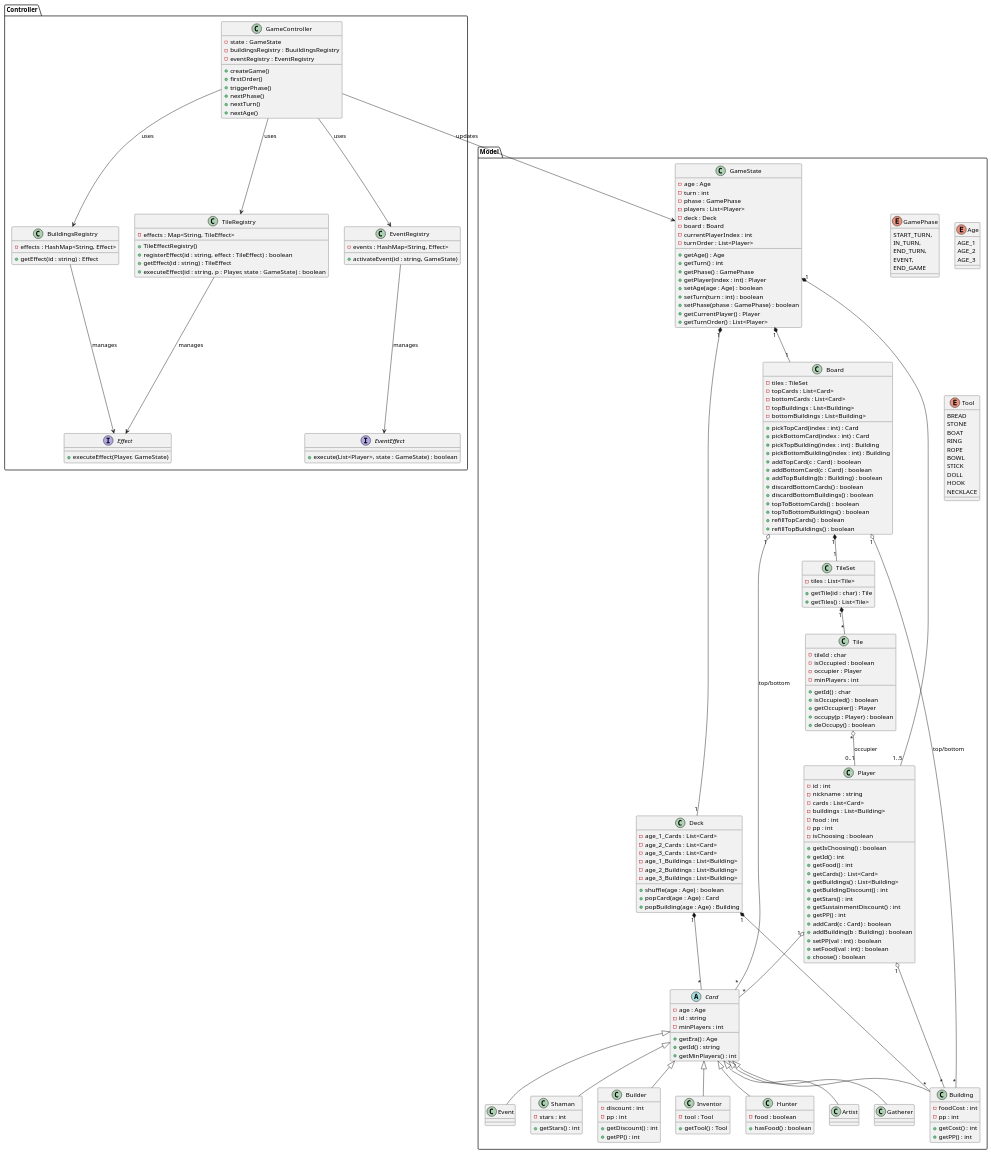
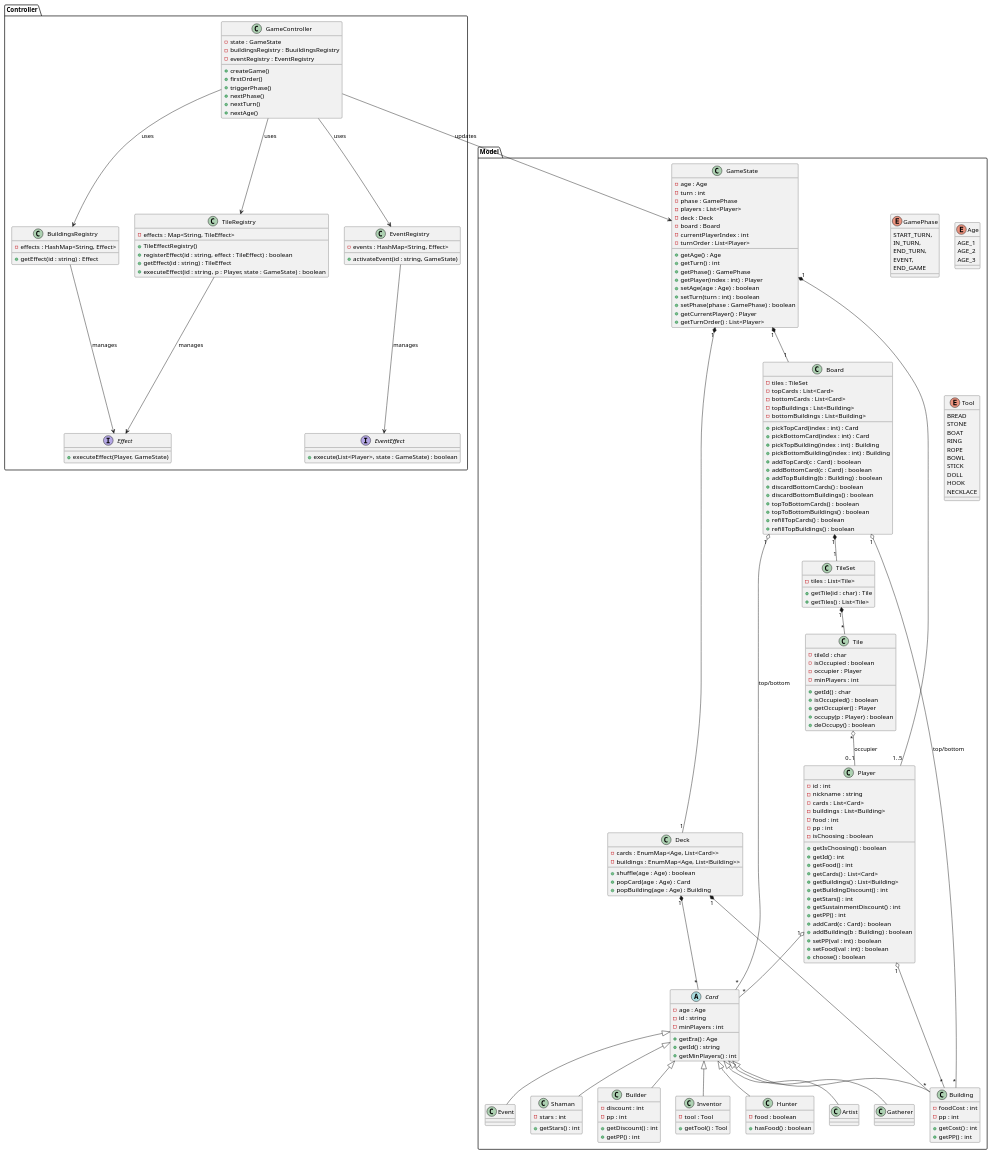
One commit to antoniopomidoro/Ing-SW-26-Pomidoro-Pelle-Pelizzari changed the diagram in Documentation/uml.puml. Above: the diagram before and after it, drawn with PlantUML. The commit also changed 1 other file, not shown here.

Commit message:
Add EnumMap documentation for Deck class and update UML diagram

```diff
--- a/Documentation/uml.puml
+++ b/Documentation/uml.puml
@@ -151,12 +151,8 @@
         +refillTopBuildings() : boolean
     }
     class Deck {
-        -age_1_Cards : List<Card>
-        -age_2_Cards : List<Card>
-        -age_3_Cards : List<Card>
-        -age_1_Buildings : List<Building>
-        -age_2_Buildings : List<Building>
-        -age_3_Buildings : List<Building>
+        -cards : EnumMap<Age, List<Card>>
+        -buildings : EnumMap<Age, List<Building>>
 
         +shuffle(age : Age) : boolean
         +popCard(age : Age) : Card
```
